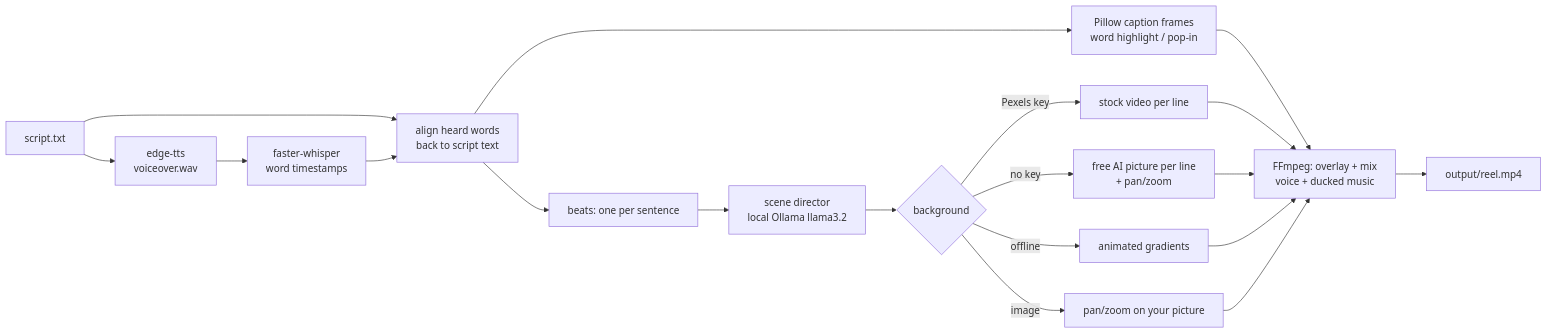
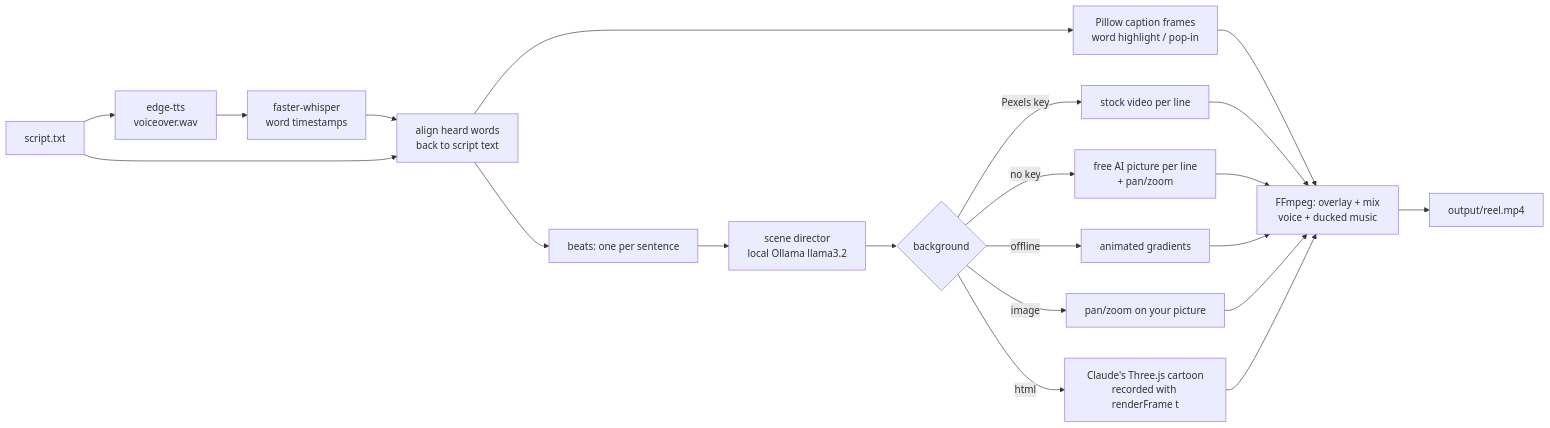
Before and after one commit to Omkar210404/Reel-Forge: the diagram in README.md, drawn with Mermaid. The commit also changed other lines of this file and 2 other files, not shown here.

Commit message:
3d cartoon flow in ui, readme

````diff
--- a/README.md
+++ b/README.md
@@ -7,21 +9,23 @@
 ```mermaid
 flowchart LR
     S[script.txt] --> V[edge-tts<br/>voiceover.wav]
     V --> W[faster-whisper<br/>word timestamps]
     S --> A[align heard words<br/>back to script text]
     W --> A
     A --> C[Pillow caption frames<br/>word highlight / pop-in]
     A --> B[beats: one per sentence]
     B --> D[scene director<br/>local Ollama llama3.2]
     D --> P{background}
     P -->|Pexels key| X[stock video per line]
     P -->|no key| AI[free AI picture per line<br/>+ pan/zoom]
     P -->|offline| G[animated gradients]
     P -->|image| K[pan/zoom on your picture]
+    P -->|html| H[Claude's Three.js cartoon<br/>recorded with renderFrame t]
+    H --> F
     C --> F[FFmpeg: overlay + mix<br/>voice + ducked music]
     X --> F
     AI --> F
     G --> F
     K --> F
     F --> O[output/reel.mp4]
 ```
````
